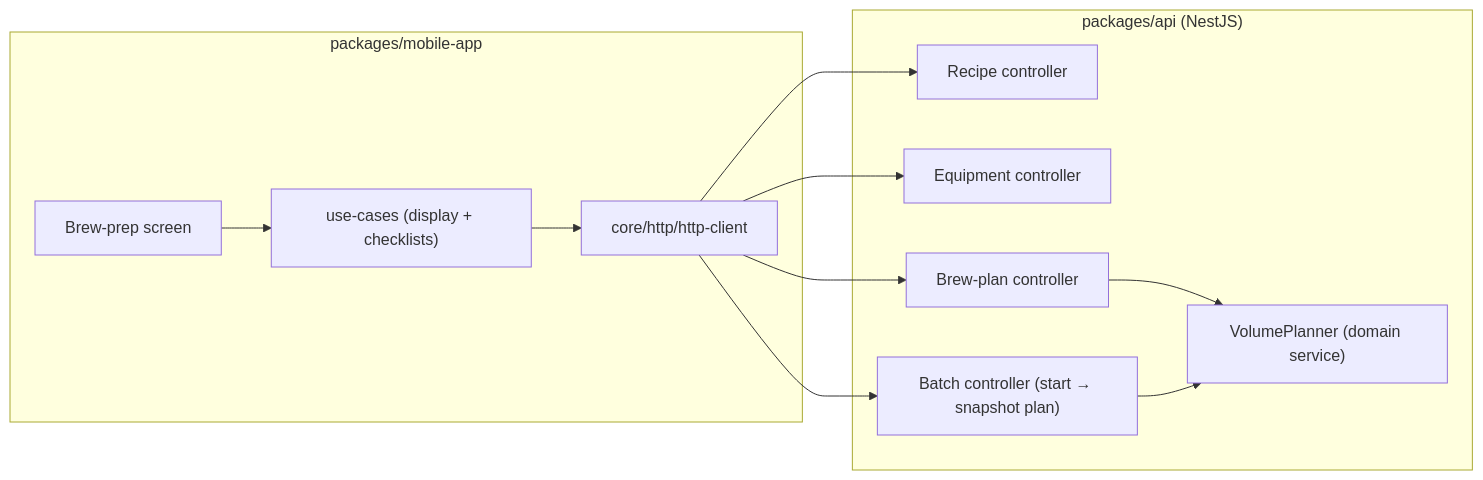
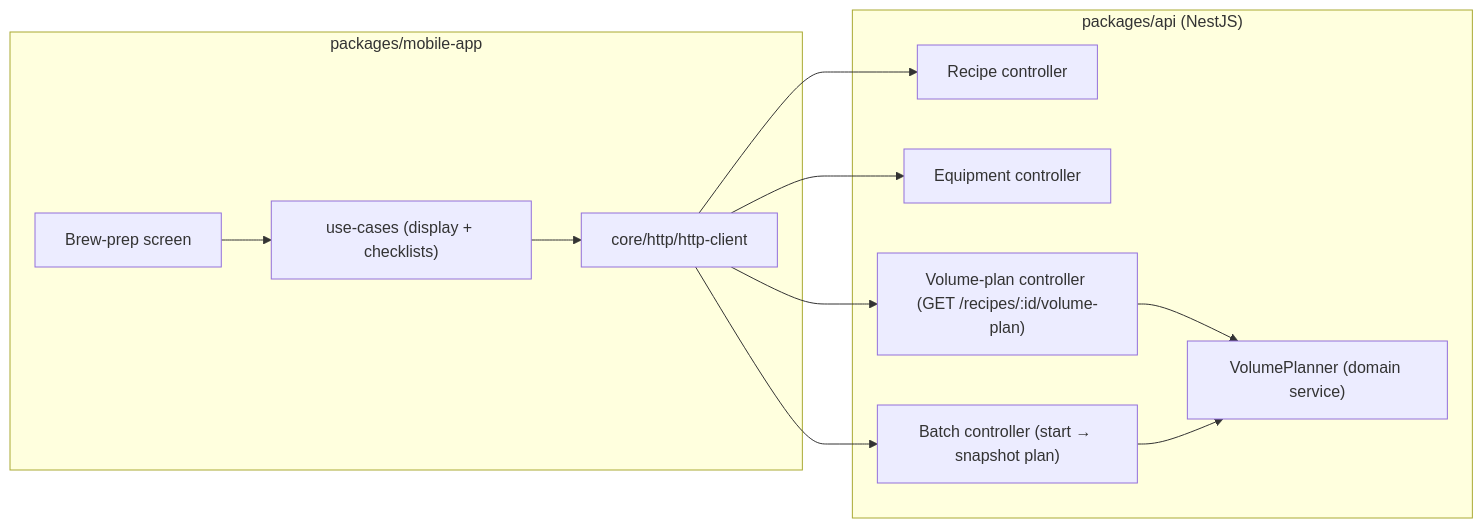
The diagram in docs/architecture/diagrams/brew-prep/03-component.md (benoit-bremaud/brasse-bouillon), drawn with Mermaid before and after one commit. The commit also changed 2 other files, not shown here.

Commit message:
docs(brew-prep): fix method-selection formula (mash-in volume per ADR-0020 D2) + endpoint naming consistency
- 04-class: method = kettleCapacityL >= (strikeWaterL + grainVolumeL), i.e. the kettle must hold the mash-in volume (strike water + grain), not the post-boil wort (grain is lifted before the boil) — aligns with ADR-0020 D2 (CodeRabbit Critical, Codex P2, Copilot).
- 02-sequence + 03-component: standardise the route name on /recipes/:id/volume-plan (was an inconsistent /brew-plan label) (Copilot).

````diff
--- a/docs/architecture/diagrams/brew-prep/03-component.md
+++ b/docs/architecture/diagrams/brew-prep/03-component.md
@@ -14,23 +14,23 @@
 ```mermaid
 flowchart LR
   subgraph Mobile ["packages/mobile-app"]
     Screen["Brew-prep screen"]
     UCm["use-cases (display + checklists)"]
     HTTP["core/http/http-client"]
     Screen --> UCm
     UCm --> HTTP
   end
   subgraph API ["packages/api (NestJS)"]
     RecipeC["Recipe controller"]
     EquipC["Equipment controller"]
-    PlanC["Brew-plan controller"]
+    PlanC["Volume-plan controller (GET /recipes/:id/volume-plan)"]
     Planner["VolumePlanner (domain service)"]
     BatchC["Batch controller (start → snapshot plan)"]
     PlanC --> Planner
     BatchC --> Planner
   end
   HTTP --> RecipeC
   HTTP --> EquipC
   HTTP --> PlanC
   HTTP --> BatchC
 ```
````
